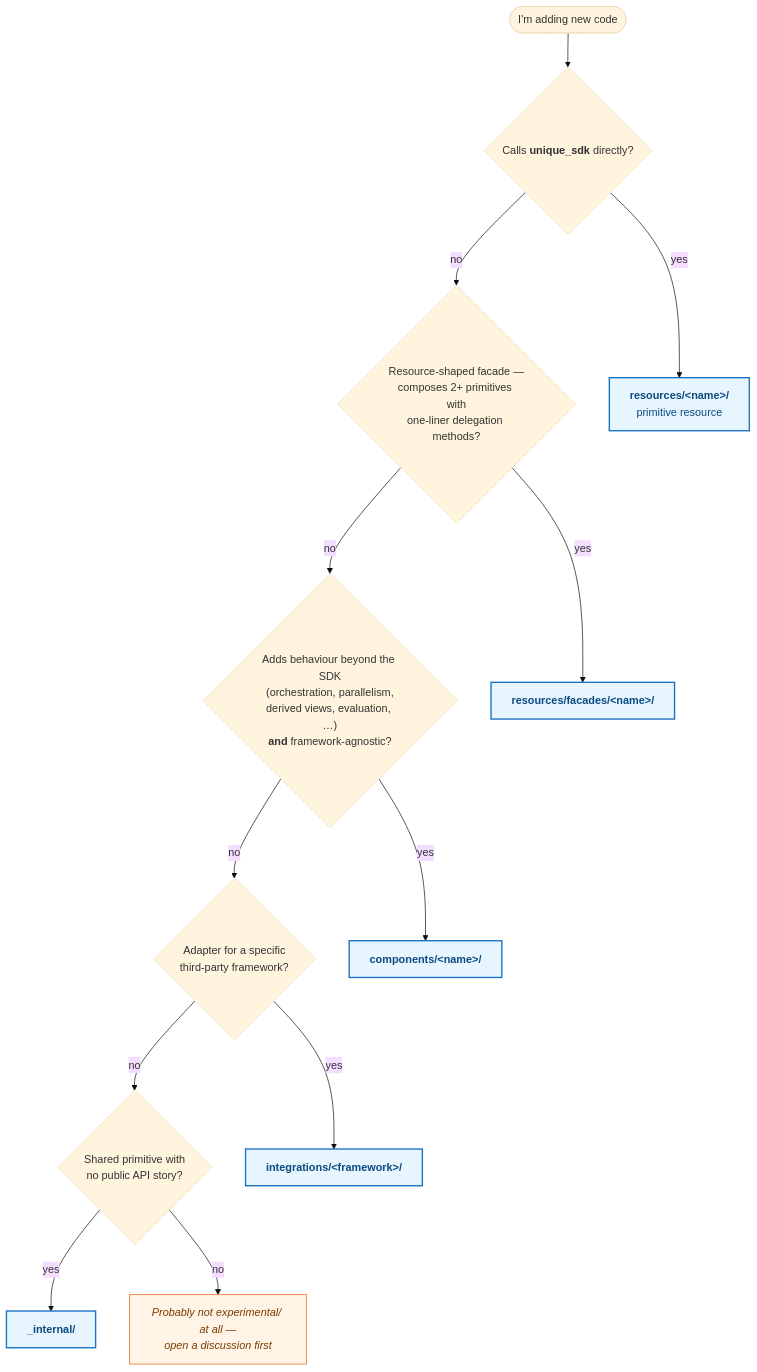
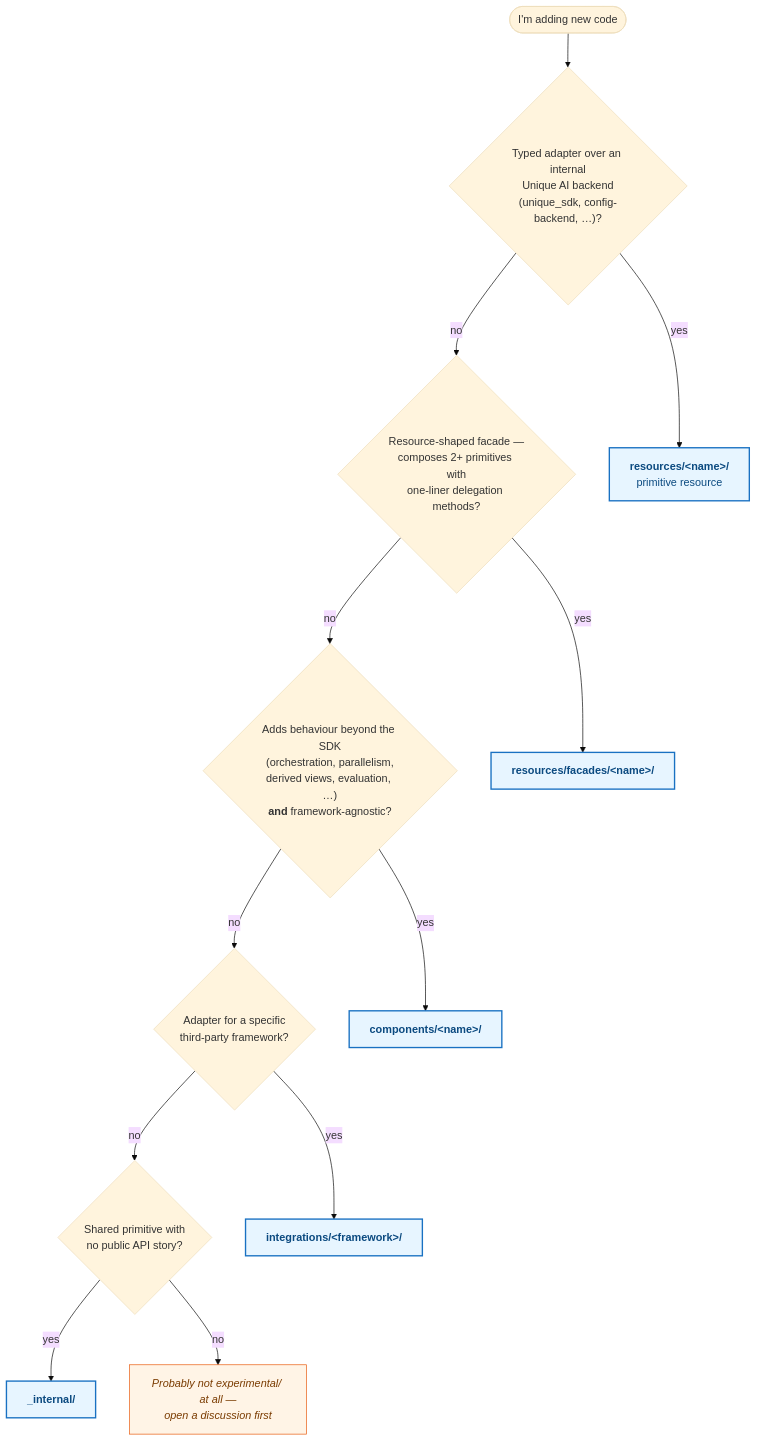
The second of 2 diagrams in unique_toolkit/unique_toolkit/experimental/README.md (Unique-AG/ai), drawn with Mermaid (base theme) before and after one commit. The commit also changed other lines of this file and 11 other files, not shown here.

````diff
--- a/unique_toolkit/unique_toolkit/experimental/README.md
+++ b/unique_toolkit/unique_toolkit/experimental/README.md
@@ -208,33 +210,33 @@
 ```mermaid
 flowchart TD
     start(["I'm adding new code"])
-    q1{"Calls <b>unique_sdk</b> directly?"}
+    q1{"Typed adapter over an internal<br/>Unique AI backend<br/>(unique_sdk, config-backend, …)?"}
     q2{"Resource-shaped facade —<br/>composes 2+ primitives with<br/>one-liner delegation methods?"}
     q3{"Adds behaviour beyond the SDK<br/>(orchestration, parallelism,<br/>derived views, evaluation, …)<br/><b>and</b> framework-agnostic?"}
     q4{"Adapter for a specific<br/>third-party framework?"}
     q5{"Shared primitive with<br/>no public API story?"}
 
     primitive["<b>resources/&lt;name&gt;/</b><br/>primitive resource"]
     facade["<b>resources/facades/&lt;name&gt;/</b>"]
     component["<b>components/&lt;name&gt;/</b>"]
     integration["<b>integrations/&lt;framework&gt;/</b>"]
     internal["<b>_internal/</b>"]
     discuss["<i>Probably not experimental/ at all —<br/>open a discussion first</i>"]
 
     start --> q1
     q1 -- yes --> primitive
-    q1 -- no --> q2
+    q1 -- no  --> q2
     q2 -- yes --> facade
     q2 -- no --> q3
     q3 -- yes --> component
     q3 -- no --> q4
     q4 -- yes --> integration
     q4 -- no --> q5
     q5 -- yes --> internal
     q5 -- no --> discuss
 
     classDef target fill:#e7f5ff,stroke:#1971c2,stroke-width:2px,color:#0b4a80
     classDef escape fill:#fff4e6,stroke:#e8590c,color:#7a3b00
     class primitive,facade,component,integration,internal target
     class discuss escape
 ```
````
